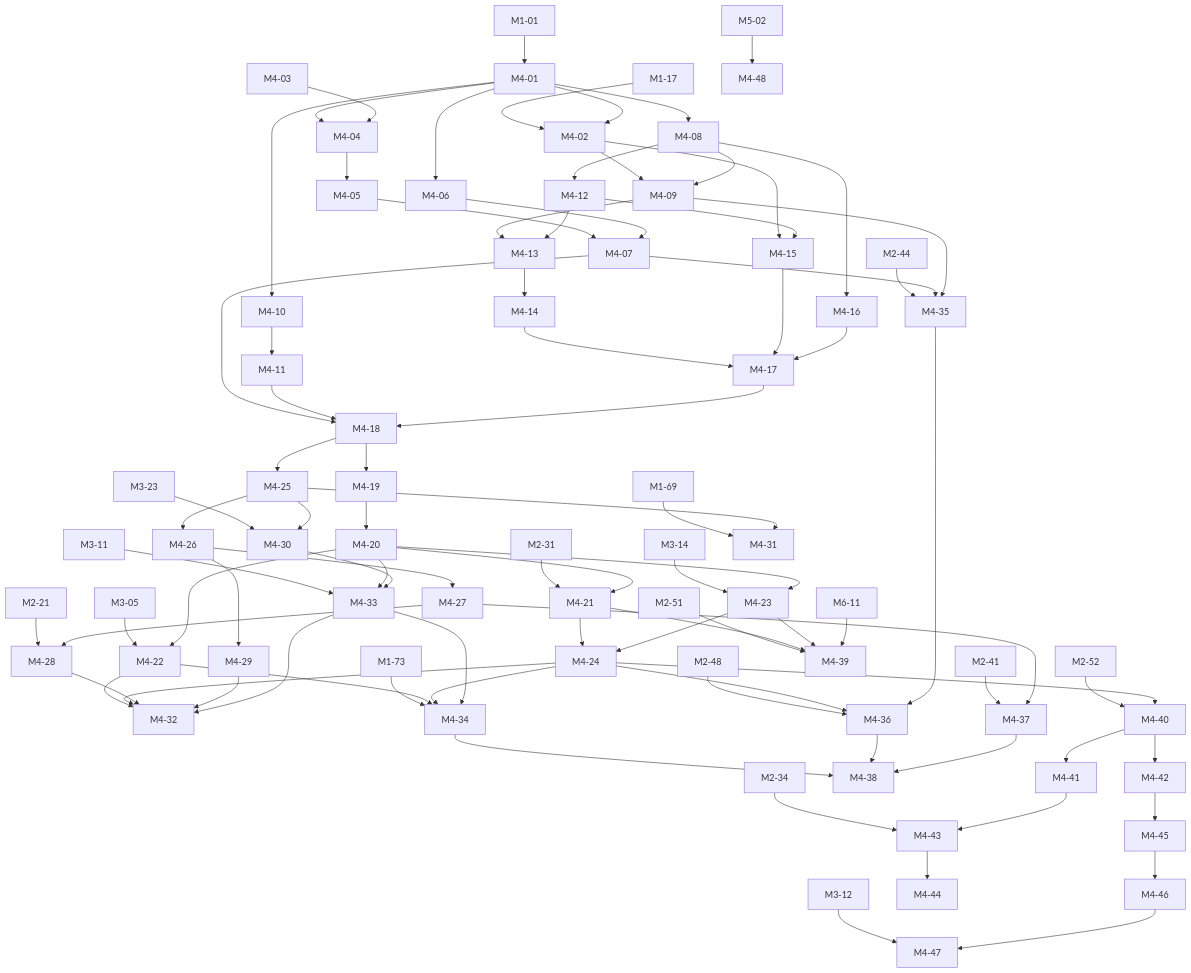
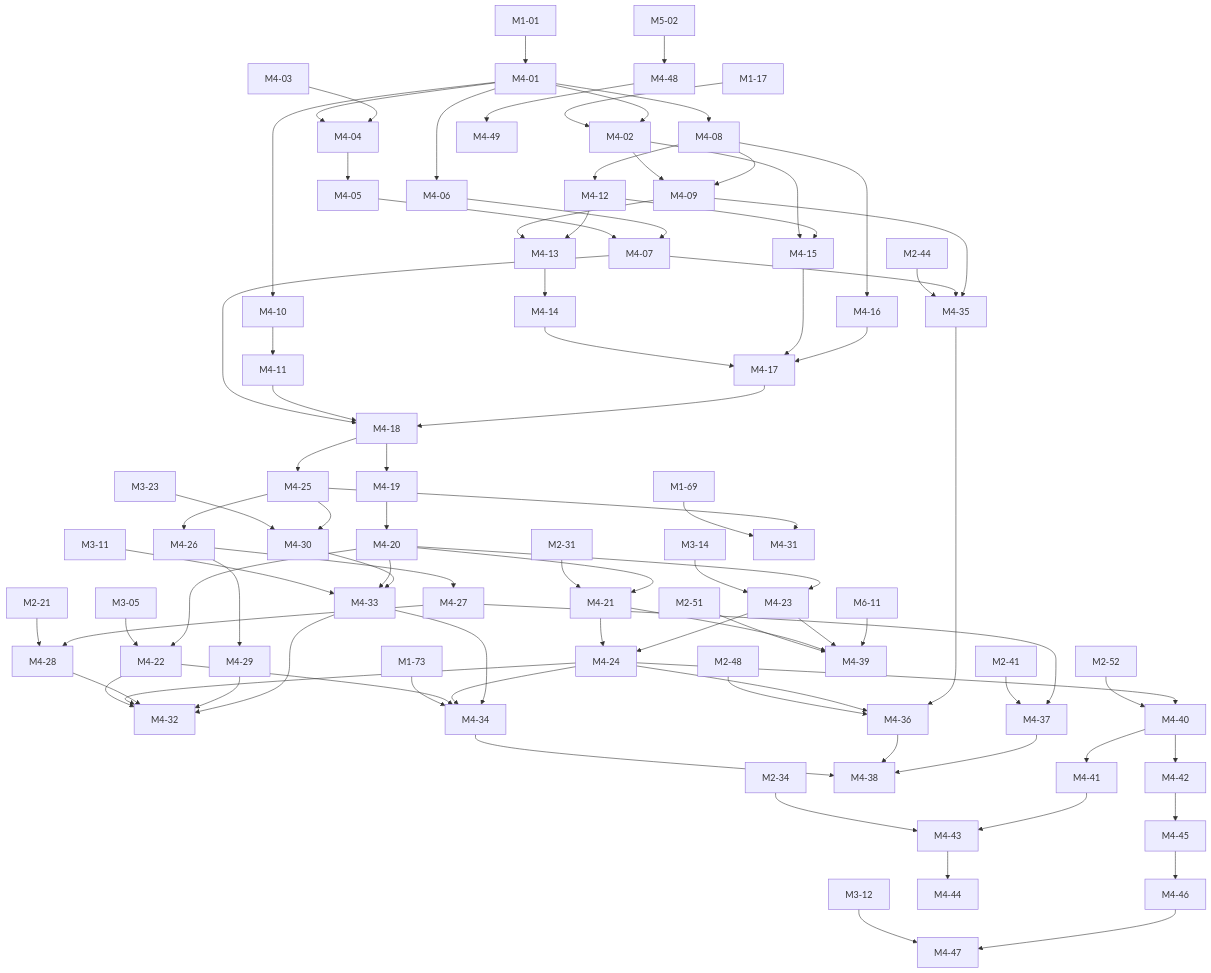
Before and after one commit to mguttmann/bothy: the fourth of 8 diagrams in docs/briefs/README.md, drawn with Mermaid. The commit also changed other lines of this file and 46 other files, not shown here.

````diff
--- a/docs/briefs/README.md
+++ b/docs/briefs/README.md
@@ -988,6 +989,7 @@
   M4_46["M4-46"]
   M4_47["M4-47"]
   M4_48["M4-48"]
+  M4_49["M4-49"]
   M5_02["M5-02"]
   M6_11["M6-11"]
   M1_01 --> M4_01
@@ -1076,4 +1078,5 @@
   M3_12 --> M4_47
   M4_46 --> M4_47
   M5_02 --> M4_48
+  M4_48 --> M4_49
 ```
````
